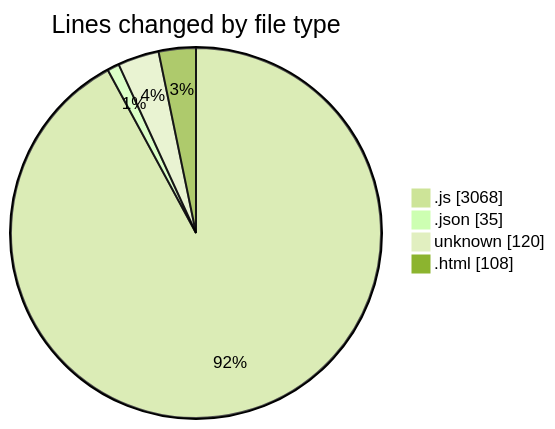
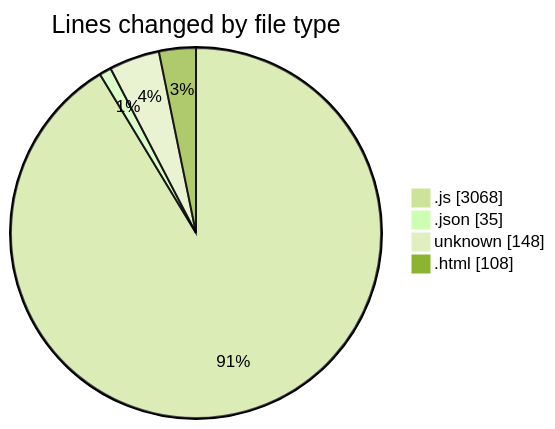
The first of 2 diagrams in 2026-02-20/bot_i_a/README.md (becaeroporto-bot/code-tracking), drawn with Mermaid (forest theme) before and after one commit. The commit also changed other lines of this file and 1 other file, not shown here.

````diff
--- a/2026-02-20/bot_i_a/README.md
+++ b/2026-02-20/bot_i_a/README.md
@@ -42,8 +42,8 @@
 ```mermaid
 pie showData
 title Lines changed by file type
 ".js" : 3068
 ".json" : 35
-"unknown" : 120
+"unknown" : 148
 ".html" : 108
 ```
````
